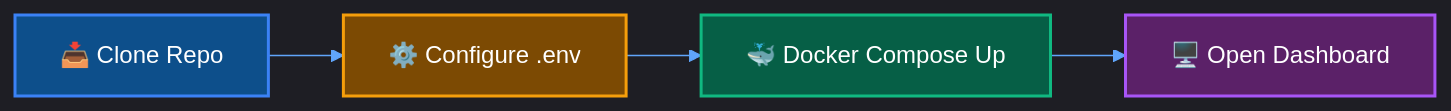
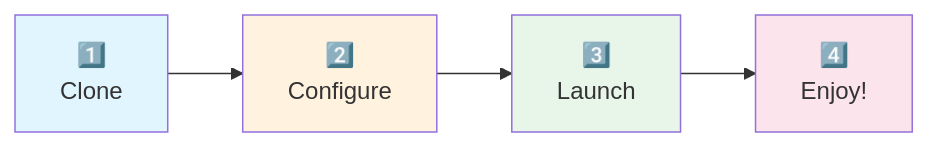
Before and after one commit to CHA0S-CORP/SkySpyDocs: the second of 2 diagrams in docs/Getting Started/quick-start.md, drawn with Mermaid. The commit also changed other lines of this file, not shown here.

````diff
--- a/docs/Getting Started/quick-start.md
+++ b/docs/Getting Started/quick-start.md
@@ -10,12 +132,11 @@
 ```mermaid
-%%{init: {'theme': 'dark', 'themeVariables': { 'primaryColor': '#1e3a5f', 'primaryTextColor': '#fff', 'primaryBorderColor': '#3b82f6', 'lineColor': '#60a5fa'}}}%%
 flowchart LR
-    A["📥 Clone Repo"] --> B["⚙️ Configure .env"]
-    B --> C["🐳 Docker Compose Up"]
-    C --> D["🖥️ Open Dashboard"]
+    A["1️⃣<br/>Clone"] --> B["2️⃣<br/>Configure"]
+    B --> C["3️⃣<br/>Launch"]
+    C --> D["4️⃣<br/>Enjoy!"]
 
-    style A fill:#0d4f8b,stroke:#3b82f6,stroke-width:2px,color:#fff
-    style B fill:#7c4a03,stroke:#f59e0b,stroke-width:2px,color:#fff
-    style C fill:#065f46,stroke:#10b981,stroke-width:2px,color:#fff
-    style D fill:#5b2168,stroke:#a855f7,stroke-width:2px,color:#fff
+    style A fill:#e1f5fe
+    style B fill:#fff3e0
+    style C fill:#e8f5e9
+    style D fill:#fce4ec
 ```
````
